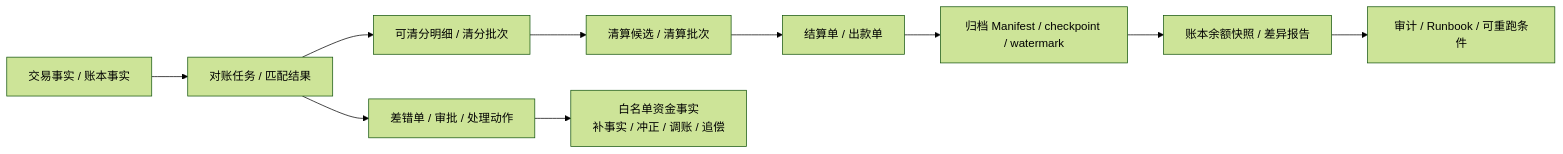
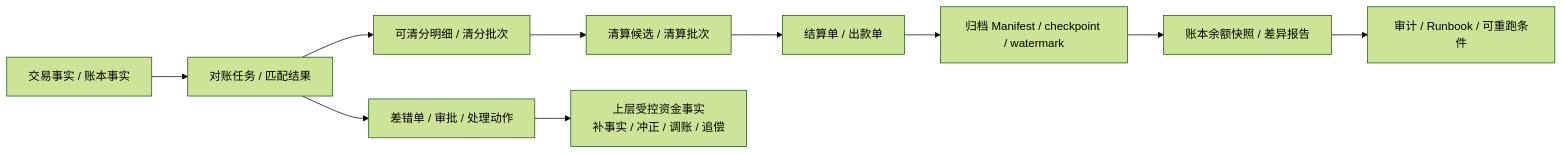
Before and after one commit to fengwuxp/wind-funds: the second of 2 diagrams in docs/TDD设计/支付资金底座测试驱动设计.md, drawn with Mermaid (forest theme). The commit also changed other lines of this file and 94 other files, not shown here.

````diff
--- a/docs/TDD设计/支付资金底座测试驱动设计.md
+++ b/docs/TDD设计/支付资金底座测试驱动设计.md
@@ -116,12 +116,12 @@
 ```mermaid
 flowchart LR
     A["交易事实 / 账本事实"] --> B["对账任务 / 匹配结果"]
     B --> C["可清分明细 / 清分批次"]
     C --> D["清算候选 / 清算批次"]
     D --> E["结算单 / 出款单"]
     B --> F["差错单 / 审批 / 处理动作"]
-    F --> G["白名单资金事实\n补事实 / 冲正 / 调账 / 追偿"]
+    F --> G["上层受控资金事实\n补事实 / 冲正 / 调账 / 追偿"]
     E --> H["归档 Manifest / checkpoint / watermark"]
     H --> I["账本余额快照 / 差异报告"]
     I --> J["审计 / Runbook / 可重跑条件"]
 ```
````
